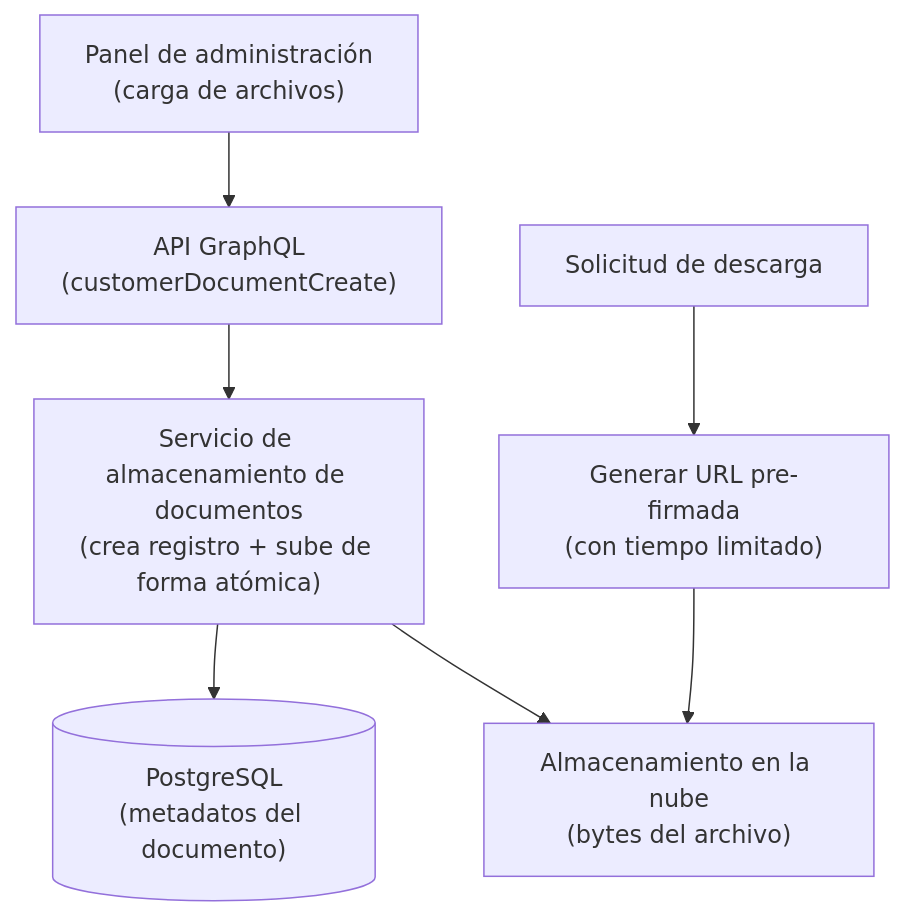
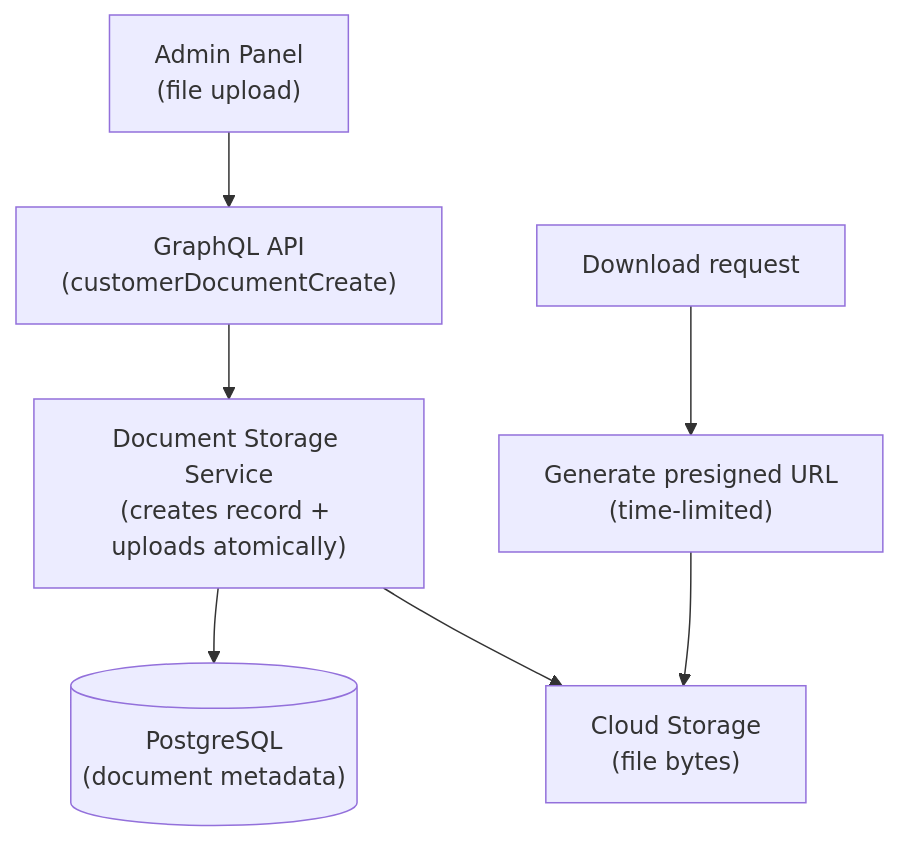
Before and after one commit to GaloyMoney/lana-bank: the first of 2 diagrams in docs-site/i18n/es/docusaurus-plugin-content-docs/current/technical-documentation/customers/documents.md, drawn with Mermaid. The commit also changed other lines of this file and 76 other files, not shown here.

````diff
--- a/docs-site/i18n/es/docusaurus-plugin-content-docs/current/technical-documentation/customers/documents.md
+++ b/docs-site/i18n/es/docusaurus-plugin-content-docs/current/technical-documentation/customers/documents.md
@@ -13,9 +13,9 @@
 ```mermaid
 graph TD
-    AP["Panel de administración<br/>(carga de archivos)"] --> GQL["API GraphQL<br/>(customerDocumentCreate)"]
-    GQL --> DS["Servicio de almacenamiento de documentos<br/>(crea registro + sube de forma atómica)"]
-    DS --> DB[("PostgreSQL<br/>(metadatos del documento)")]
-    DS --> GCS["Almacenamiento en la nube<br/>(bytes del archivo)"]
-    GQL2["Solicitud de descarga"] --> LINK["Generar URL pre-firmada<br/>(con tiempo limitado)"]
+    AP["Admin Panel<br/>(file upload)"] --> GQL["GraphQL API<br/>(customerDocumentCreate)"]
+    GQL --> DS["Document Storage Service<br/>(creates record + uploads atomically)"]
+    DS --> DB[("PostgreSQL<br/>(document metadata)")]
+    DS --> GCS["Cloud Storage<br/>(file bytes)"]
+    GQL2["Download request"] --> LINK["Generate presigned URL<br/>(time-limited)"]
     LINK --> GCS
 ```
````
